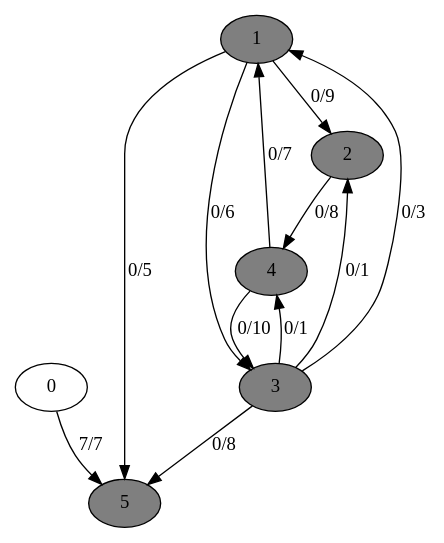
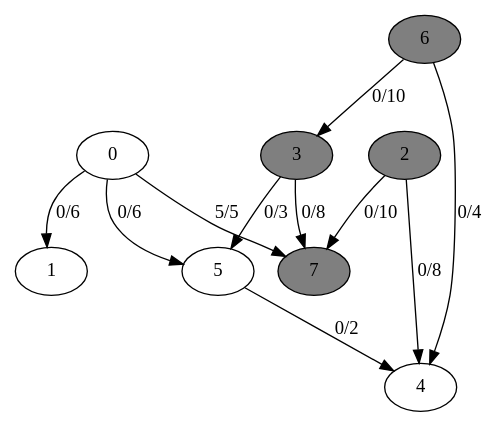
Before and after one commit to vnce100/Metamorph: the diagram in res/testFlow/test11.dot, drawn with Graphviz. The commit also changed 401 other files, not shown here.

```diff
--- a/res/testFlow/test11.dot
+++ b/res/testFlow/test11.dot
@@ -1,19 +1,20 @@
 digraph G {
 	0[style=filled fillcolor=grey100];
-	0->5[label ="7/7"] ;
-	1[style=filled fillcolor=grey50];
-	1->2[label ="0/9"] ;
-	1->3[label ="0/6"] ;
-	1->5[label ="0/5"] ;
+	0->1[label ="0/6"] ;
+	0->5[label ="0/6"] ;
+	0->7[label ="5/5"] ;
+	1[style=filled fillcolor=grey100];
 	2[style=filled fillcolor=grey50];
 	2->4[label ="0/8"] ;
+	2->7[label ="0/10"] ;
 	3[style=filled fillcolor=grey50];
-	3->1[label ="0/3"] ;
-	3->2[label ="0/1"] ;
-	3->4[label ="0/1"] ;
-	3->5[label ="0/8"] ;
-	4[style=filled fillcolor=grey50];
-	4->1[label ="0/7"] ;
-	4->3[label ="0/10"] ;
-	5[style=filled fillcolor=grey50];
+	3->5[label ="0/3"] ;
+	3->7[label ="0/8"] ;
+	4[style=filled fillcolor=grey100];
+	5[style=filled fillcolor=grey100];
+	5->4[label ="0/2"] ;
+	6[style=filled fillcolor=grey50];
+	6->3[label ="0/10"] ;
+	6->4[label ="0/4"] ;
+	7[style=filled fillcolor=grey50];
 }
```
